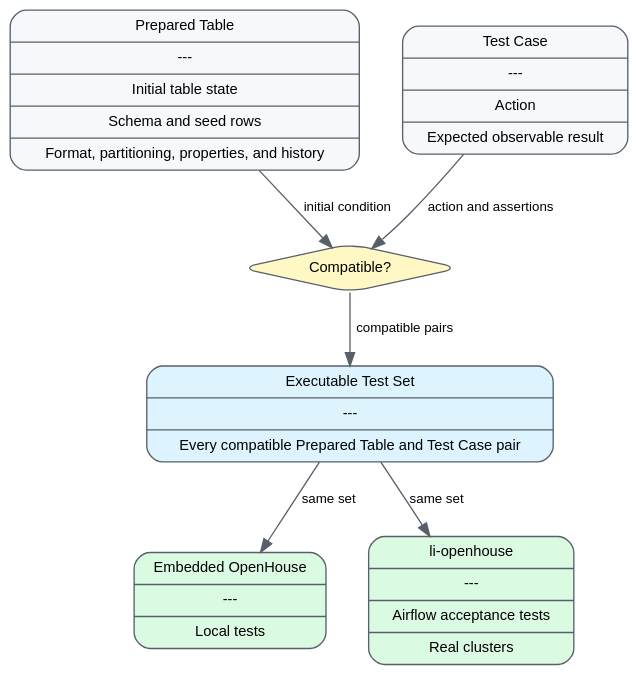
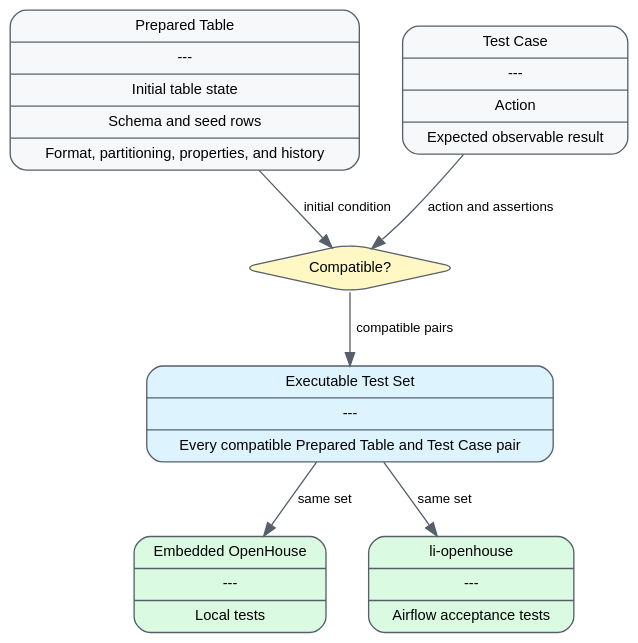
One commit to linkedin/openhouse changed the diagram in integrations/spark/delta-harness/COVERAGE-MODEL.dot. Above: the diagram before and after it, drawn with Graphviz. The commit also changed 1 other file, not shown here.

Commit message:
docs(delta-tests): simplify the Airflow record
Remove the redundant cluster row because the Airflow acceptance-test label
already describes the execution environment.

```diff
--- a/integrations/spark/delta-harness/COVERAGE-MODEL.dot
+++ b/integrations/spark/delta-harness/COVERAGE-MODEL.dot
@@ -1,64 +1,64 @@
 digraph DeltaIntegrationTestCoverage {
   graph [
     rankdir=TB
     bgcolor="transparent"
     fontname="Helvetica"
     nodesep=0.45
     ranksep=0.6
     pad=0.2
   ]
 
   node [
     shape=record
     style="rounded,filled"
     color="#57606a"
     fillcolor="#f6f8fa"
     fontname="Helvetica"
     fontsize=11
     margin="0.12,0.08"
   ]
 
   edge [
     color="#57606a"
     fontname="Helvetica"
     fontsize=10
   ]
 
   table [
     label="{Prepared Table|---|Initial table state|Schema and seed rows|Format, partitioning, properties, and history}"
   ]
 
   test_case [
     label="{Test Case|---|Action|Expected observable result}"
   ]
 
   compatibility [
     shape=diamond
     label="Compatible?"
     fillcolor="#fff8c5"
   ]
 
   executable_set [
     label="{Executable Test Set|---|Every compatible Prepared Table and Test Case pair}"
     fillcolor="#ddf4ff"
   ]
 
   local [
     label="{Embedded OpenHouse|---|Local tests}"
     fillcolor="#dafbe1"
   ]
 
   acceptance [
-    label="{li-openhouse|---|Airflow acceptance tests|Real clusters}"
+    label="{li-openhouse|---|Airflow acceptance tests}"
     fillcolor="#dafbe1"
   ]
 
   { rank=same; table; test_case }
   { rank=same; local; acceptance }
 
   table -> compatibility [label="initial condition"]
   test_case -> compatibility [label="action and assertions"]
   compatibility -> executable_set [label="compatible pairs"]
   executable_set -> local [label="same set"]
   executable_set -> acceptance [label="same set"]
 }
```
